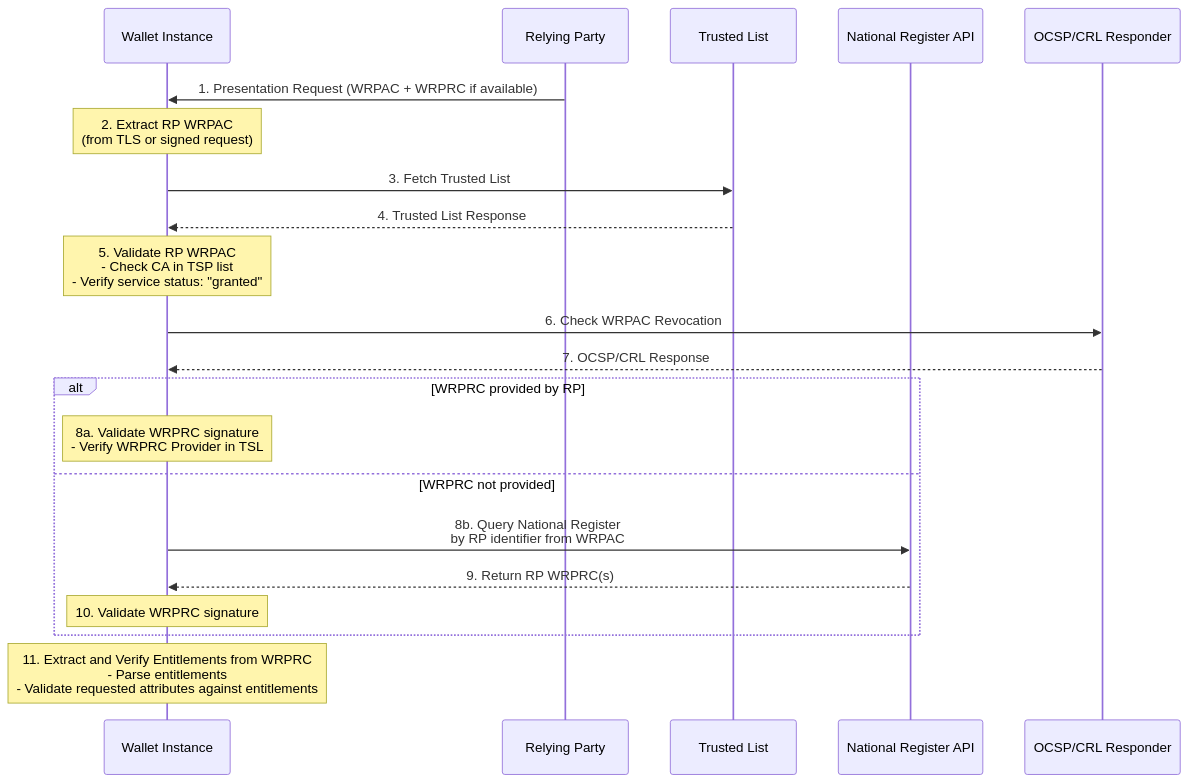
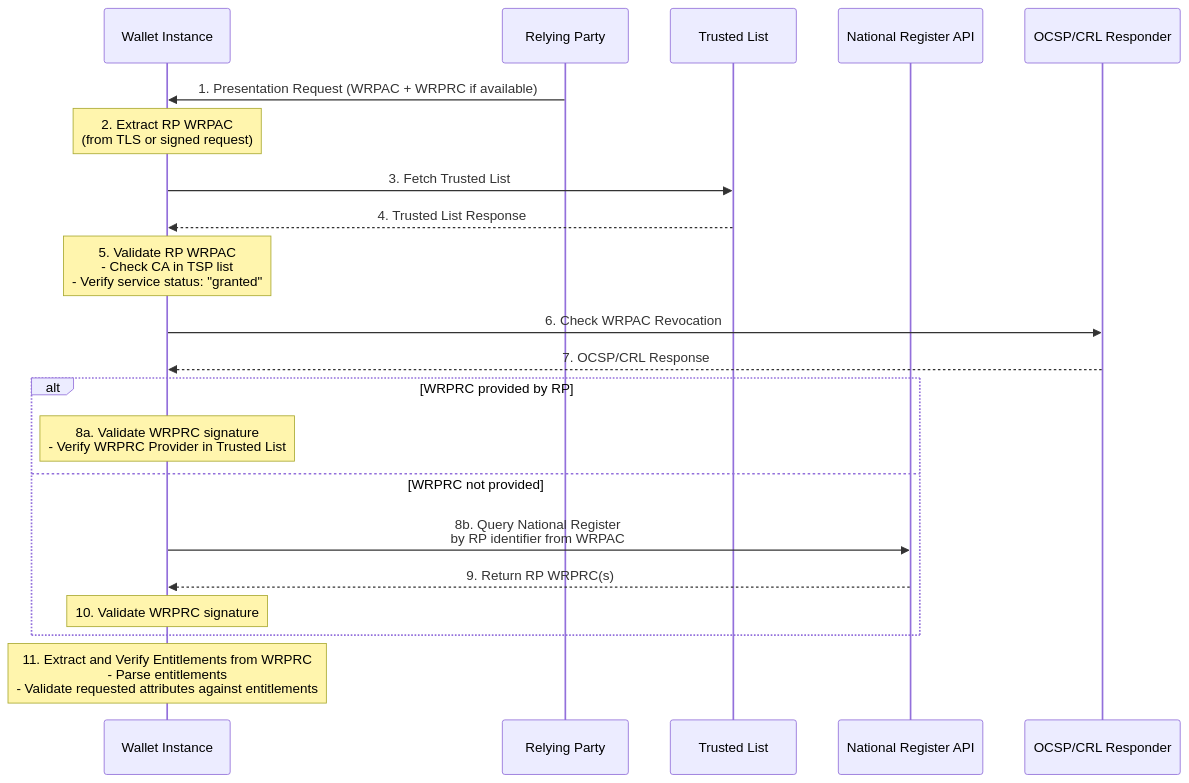
The second of 7 diagrams in task2-trust-framework/wallet-policy-discovery.md (webuild-consortium/wp4-trust-group), drawn with Mermaid before and after one commit. The commit also changed other lines of this file, not shown here.

Commit message:
chore: exploded acronym TSL to avoid confusion with TLS

````diff
--- a/task2-trust-framework/wallet-policy-discovery.md
+++ b/task2-trust-framework/wallet-policy-discovery.md
@@ -98,26 +98,26 @@
 ```mermaid
 sequenceDiagram
     participant W as Wallet Instance
     participant RP as Relying Party
     participant TL as Trusted List
     participant NR as National Register API
     participant OCSP as OCSP/CRL Responder
 
     RP->>W: 1. Presentation Request (WRPAC + WRPRC if available)
     Note over W: 2. Extract RP WRPAC<br/>(from TLS or signed request)
     W->>TL: 3. Fetch Trusted List
     TL-->>W: 4. Trusted List Response
     Note over W: 5. Validate RP WRPAC<br/>- Check CA in TSP list<br/>- Verify service status: "granted"
     W->>OCSP: 6. Check WRPAC Revocation
     OCSP-->>W: 7. OCSP/CRL Response
     
     alt WRPRC provided by RP
-        Note over W: 8a. Validate WRPRC signature<br/>- Verify WRPRC Provider in TSL
+        Note over W: 8a. Validate WRPRC signature<br/>- Verify WRPRC Provider in Trusted List
     else WRPRC not provided
         W->>NR: 8b. Query National Register<br/>by RP identifier from WRPAC
         NR-->>W: 9. Return RP WRPRC(s)
         Note over W: 10. Validate WRPRC signature
     end
     
     Note over W: 11. Extract and Verify Entitlements from WRPRC<br/>- Parse entitlements<br/>- Validate requested attributes against entitlements
 ```
````
